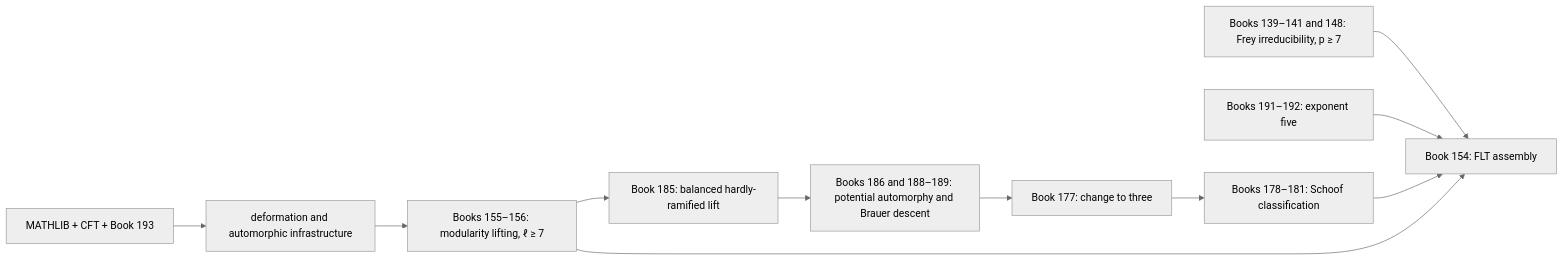
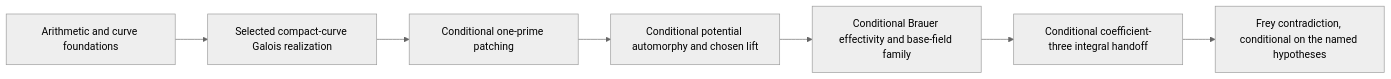
The diagram in BOOK_DEPENDENCIES.md (phulin/LastLib), drawn with Mermaid (neutral theme) before and after one commit. The commit also changed other lines of this file and 291 other files, not shown here.

Commit message:
Topologically renumber the conditional FLT curriculum

````diff
--- a/BOOK_DEPENDENCIES.md
+++ b/BOOK_DEPENDENCIES.md
@@ -19,13 +18,9 @@
 ```mermaid
 flowchart LR
-    U["MATHLIB + CFT + Book 193"] --> D["deformation and automorphic infrastructure"]
-    D --> ML["Books 155–156: modularity lifting, ℓ ≥ 7"]
-    ML --> L["Book 185: balanced hardly-ramified lift"]
-    L --> PM["Books 186 and 188–189: potential automorphy and Brauer descent"]
-    PM --> P3["Book 177: change to three"]
-    P3 --> S["Books 178–181: Schoof classification"]
-    I["Books 139–141 and 148: Frey irreducibility, p ≥ 7"] --> F["Book 154: FLT assembly"]
-    P5["Books 191–192: exponent five"] --> F
-    S --> F
-    ML --> F
+    A["Arithmetic and curve foundations"] --> G["Selected compact-curve Galois realization"]
+    G --> P["Conditional one-prime patching"]
+    P --> M["Conditional potential automorphy and chosen lift"]
+    M --> B["Conditional Brauer effectivity and base-field family"]
+    B --> T["Conditional coefficient-three integral handoff"]
+    T --> F["Frey contradiction, conditional on the named hypotheses"]
 ```
````
